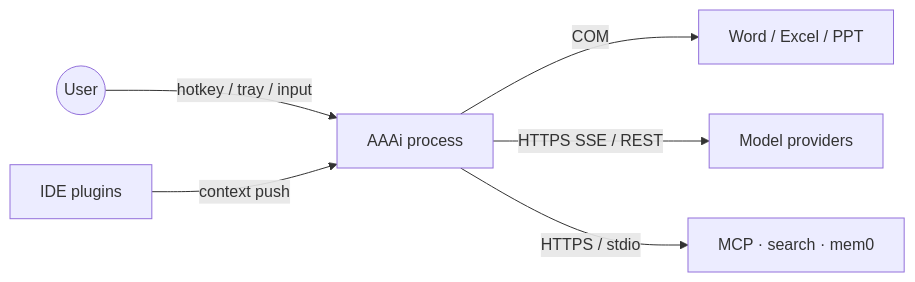
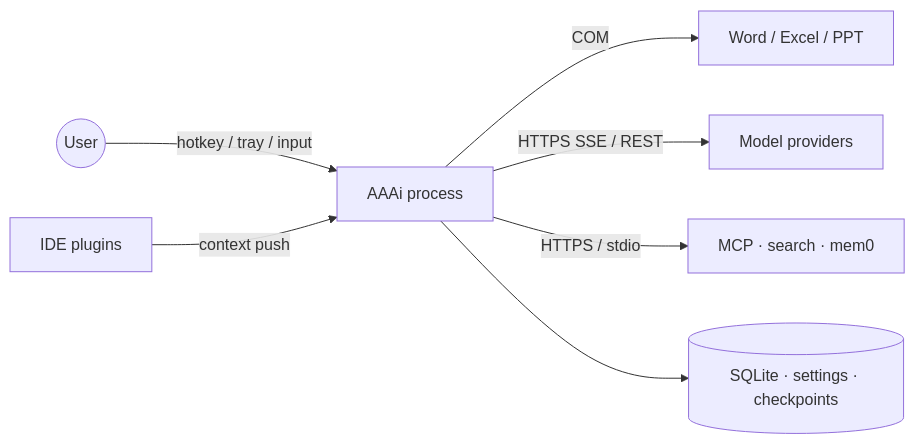
One commit to rururunu/AAAi changed the first of 11 diagrams in docs/architecture-overview.md. Above: the diagram before and after it, drawn with Mermaid. The commit also changed other lines of this file and 98 other files, not shown here.

Commit message:
feat: 应用内远程更新、工具活动折叠展示与投标/docx 技能扩展 - 集成 Tauri Updater：工作台更新按钮、关于页检测/安装、GitHub Releases 配置 - 新增发版文档与 generate-latest-json / rename-msi 脚本，支持手动与 CI 发布 - 工具活动 UI：单行无展开按钮，多步折叠为摘要列表 - 扩展 bid_tech、vendor docx/pandoc 技能与 Word Office 工具 - 新增架构文档、更新 README 与产品截图

````diff
--- a/docs/architecture-overview.md
+++ b/docs/architecture-overview.md
@@ -43,8 +49,9 @@
 ```mermaid
 flowchart LR
   User((User)) -->|hotkey / tray / input| Host[AAAi process]
   IDE[IDE plugins] -->|context push| Host
   Host -->|COM| Office[Word / Excel / PPT]
   Host -->|HTTPS SSE / REST| LLM[Model providers]
   Host -->|HTTPS / stdio| Aux[MCP · search · mem0]
+  Host --> Disk[(SQLite · settings · checkpoints)]
 ```
````
